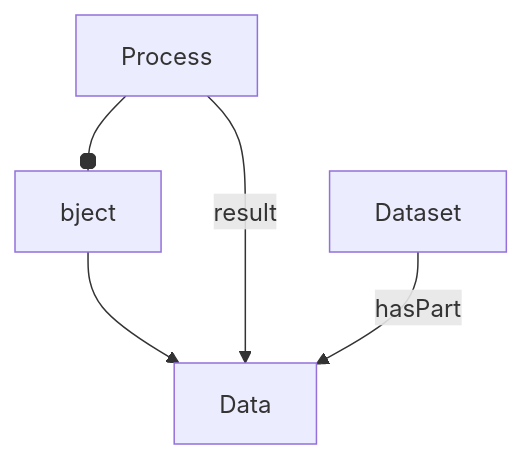
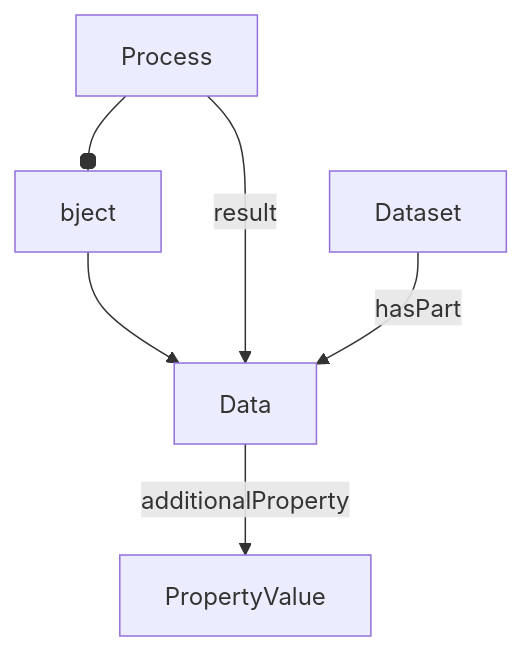
Before and after one commit to HLWeil/ProcessCore: the diagram in spec/core/Data.md, drawn with Mermaid. The commit also changed other lines of this file and 17 other files, not shown here.

````diff
--- a/spec/core/Data.md
+++ b/spec/core/Data.md
@@ -19,6 +20,7 @@
 ```mermaid
 flowchart TD
     Process --object--> Data
     Process --result--> Data
     Dataset --hasPart--> Data
+    Data --additionalProperty--> PropertyValue
 ```
````
